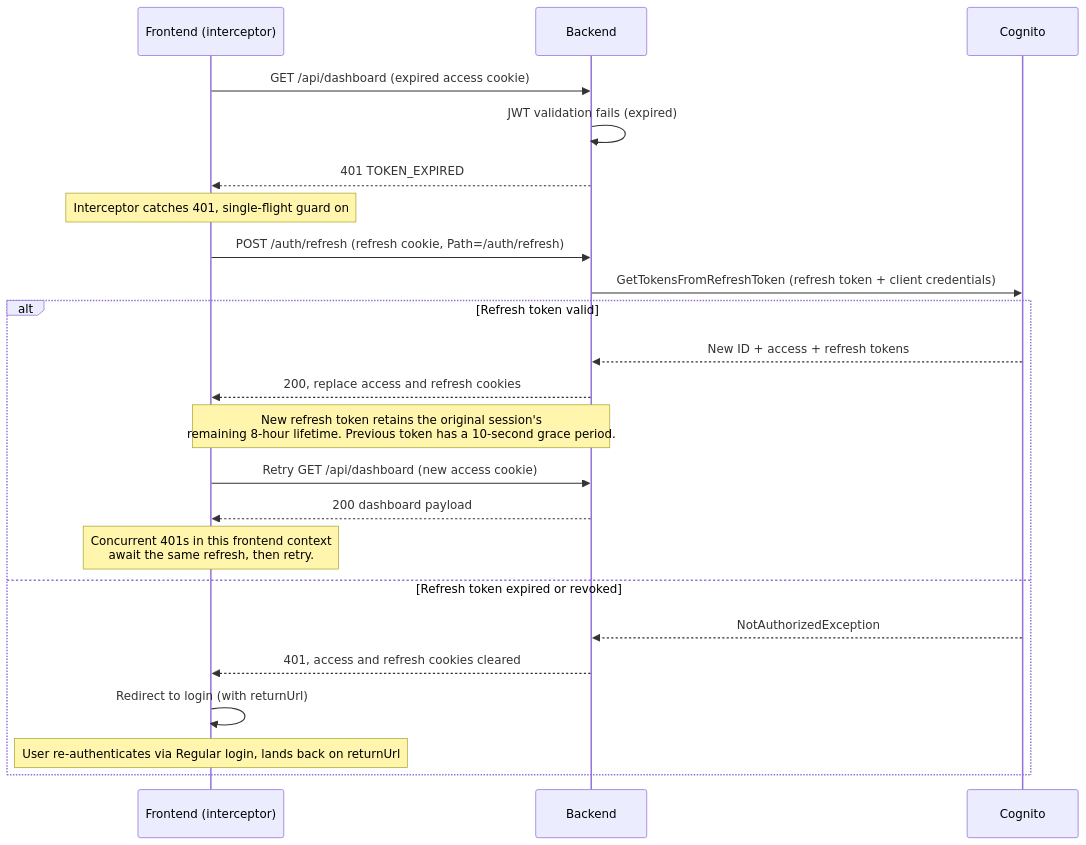
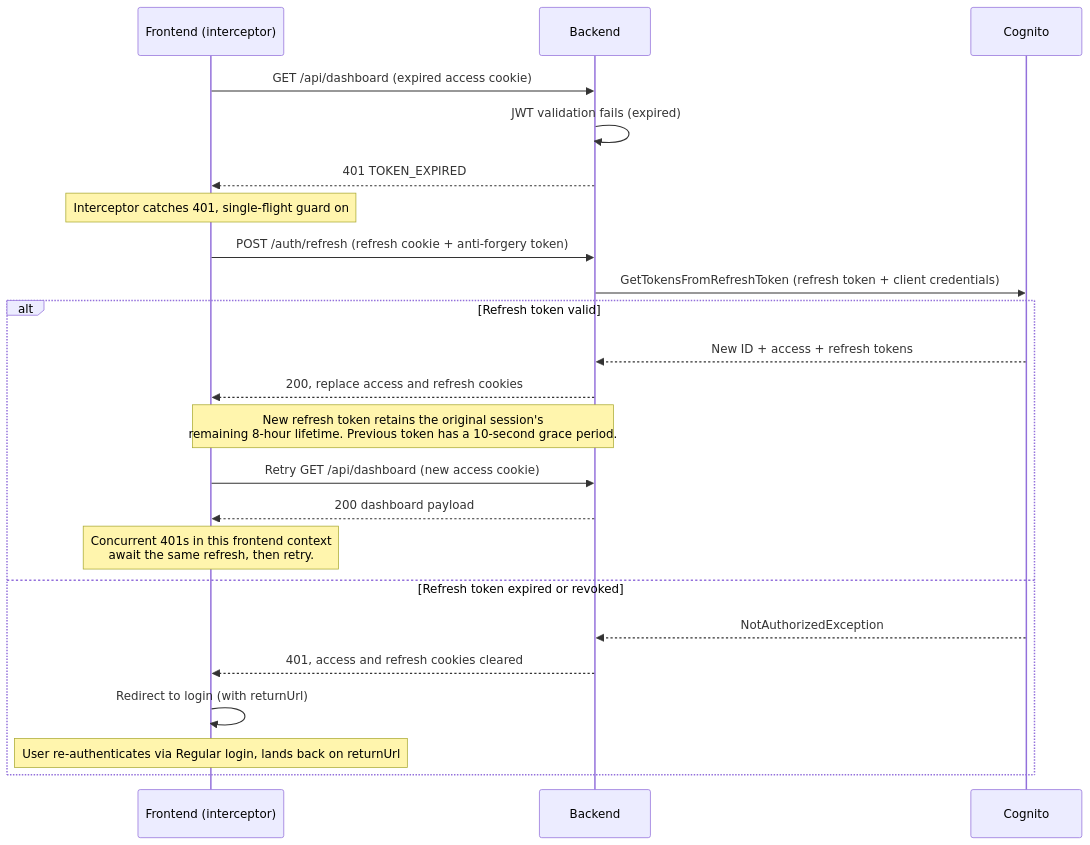
One commit to ditnice/aws-UKPS changed the fourth of 4 diagrams in documentation/auth/sequences.md. Above: the diagram before and after it, drawn with Mermaid. The commit also changed other lines of this file and 8 other files, not shown here.

Commit message:
Fix Cognito auth flow and security controls

````diff
--- a/documentation/auth/sequences.md
+++ b/documentation/auth/sequences.md
@@ -116,25 +116,25 @@
 ```mermaid
 sequenceDiagram
     participant F as Frontend (interceptor)
     participant B as Backend
     participant C as Cognito
     F->>B: GET /api/dashboard (expired access cookie)
     B->>B: JWT validation fails (expired)
     B-->>F: 401 TOKEN_EXPIRED
     Note over F: Interceptor catches 401, single-flight guard on
-    F->>B: POST /auth/refresh (refresh cookie, Path=/auth/refresh)
+    F->>B: POST /auth/refresh (refresh cookie + anti-forgery token)
     B->>C: GetTokensFromRefreshToken (refresh token + client credentials)
     alt Refresh token valid
         C-->>B: New ID + access + refresh tokens
         B-->>F: 200, replace access and refresh cookies
         Note over B,F: New refresh token retains the original session's<br/>remaining 8-hour lifetime. Previous token has a 10-second grace period.
         F->>B: Retry GET /api/dashboard (new access cookie)
         B-->>F: 200 dashboard payload
         Note over F: Concurrent 401s in this frontend context<br/>await the same refresh, then retry.
     else Refresh token expired or revoked
         C-->>B: NotAuthorizedException
         B-->>F: 401, access and refresh cookies cleared
         F->>F: Redirect to login (with returnUrl)
         Note over F: User re-authenticates via Regular login, lands back on returnUrl
     end
 ```
````
